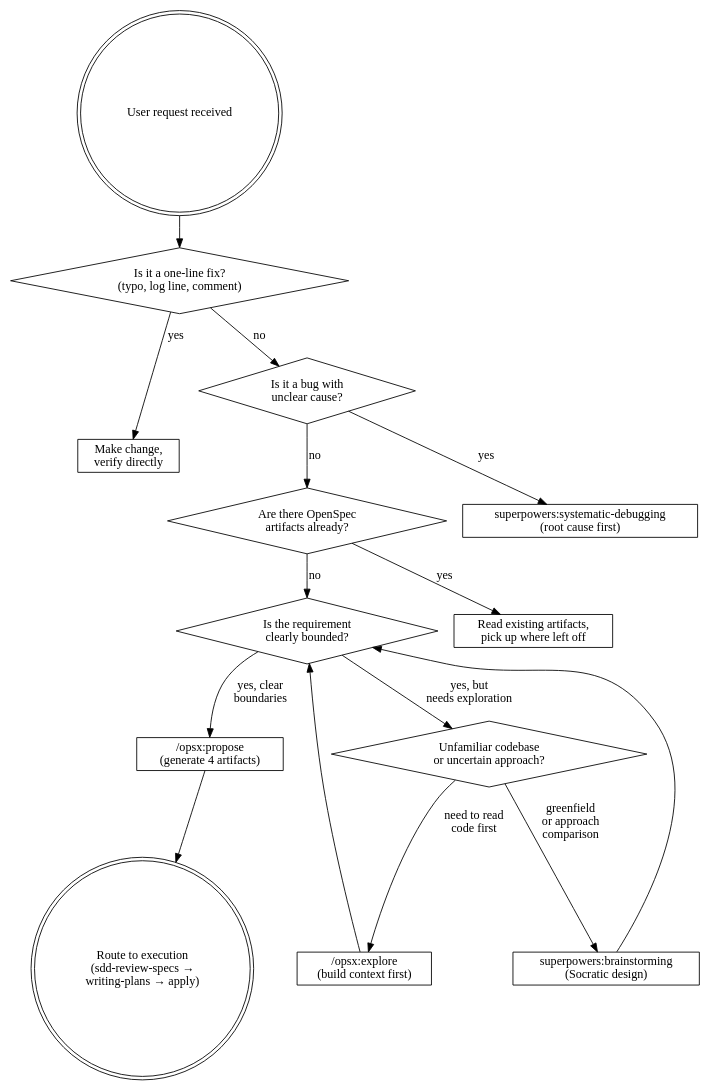
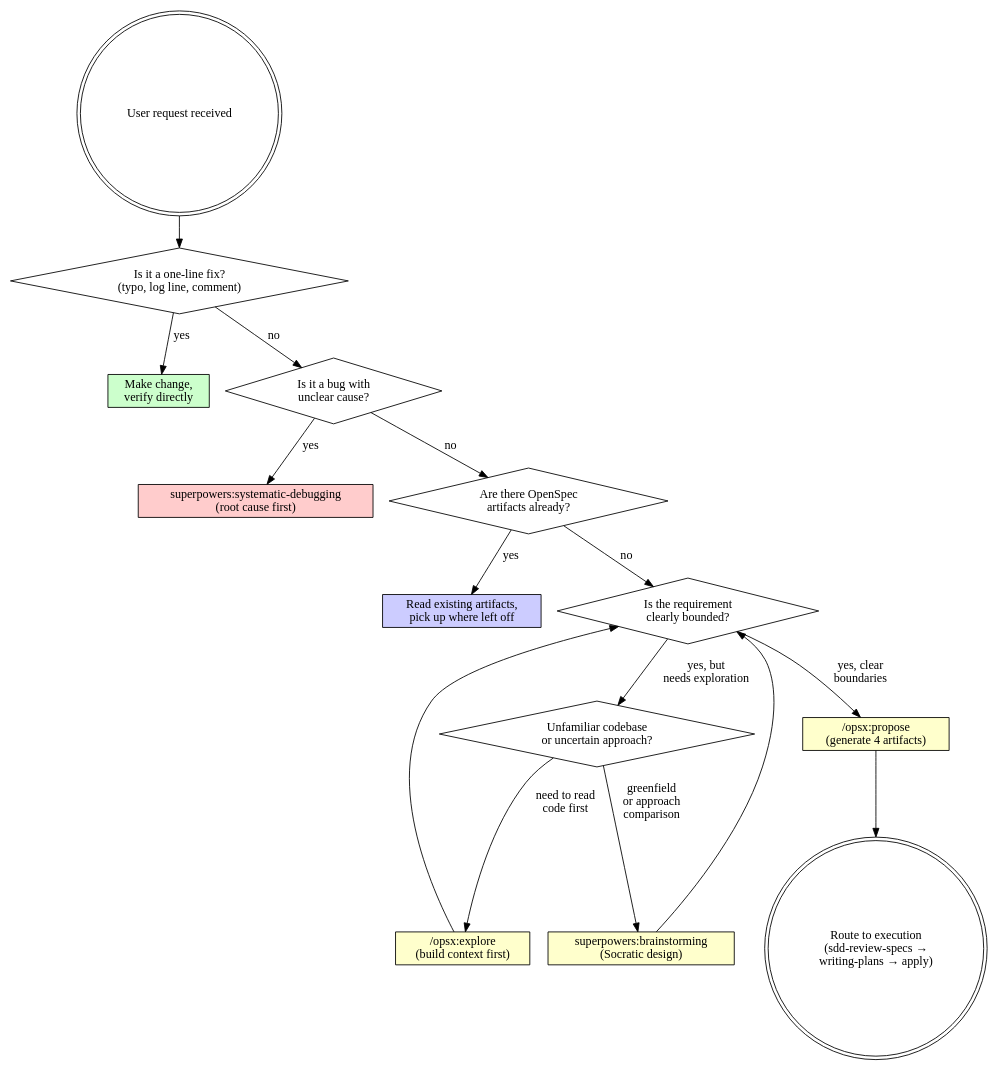
One commit to 9Ashwin/sdd-eval changed the diagram in .claude/skills/sdd-workflow/SKILL.md. Above: the diagram before and after it, drawn with Graphviz. The commit also changed other lines of this file and 1 other file, not shown here.

First line of the commit message:
refactor: align skill structure with using-superpowers best practices

````diff
--- a/.claude/skills/sdd-workflow/SKILL.md
+++ b/.claude/skills/sdd-workflow/SKILL.md
@@ -39,33 +47,32 @@
 ```dot
 digraph sdd_routing {
     "User request received" [shape=doublecircle];
     "Is it a one-line fix?\n(typo, log line, comment)" [shape=diamond];
-    "Make change,\nverify directly" [shape=box];
+    "Make change,\nverify directly" [shape=box style=filled fillcolor="#ccffcc"];
     "Is it a bug with\nunclear cause?" [shape=diamond];
-    "superpowers:systematic-debugging\n(root cause first)" [shape=box];
+    "superpowers:systematic-debugging\n(root cause first)" [shape=box style=filled fillcolor="#ffcccc"];
     "Are there OpenSpec\nartifacts already?" [shape=diamond];
-    "Read existing artifacts,\npick up where left off" [shape=box];
+    "Read existing artifacts,\npick up where left off" [shape=box style=filled fillcolor="#ccccff"];
     "Is the requirement\nclearly bounded?" [shape=diamond];
     "Unfamiliar codebase\nor uncertain approach?" [shape=diamond];
-    "/opsx:propose\n(generate 4 artifacts)" [shape=box];
-    "/opsx:explore\n(build context first)" [shape=box];
-    "superpowers:brainstorming\n(Socratic design)" [shape=box];
+    "/opsx:propose\n(generate 4 artifacts)" [shape=box style=filled fillcolor="#ffffcc"];
+    "/opsx:explore\n(build context first)" [shape=box style=filled fillcolor="#ffffcc"];
+    "superpowers:brainstorming\n(Socratic design)" [shape=box style=filled fillcolor="#ffffcc"];
     "Route to execution\n(sdd-review-specs →\nwriting-plans → apply)" [shape=doublecircle];
 
     "User request received" -> "Is it a one-line fix?\n(typo, log line, comment)";
     "Is it a one-line fix?\n(typo, log line, comment)" -> "Make change,\nverify directly" [label="yes"];
     "Is it a one-line fix?\n(typo, log line, comment)" -> "Is it a bug with\nunclear cause?" [label="no"];
     "Is it a bug with\nunclear cause?" -> "superpowers:systematic-debugging\n(root cause first)" [label="yes"];
     "Is it a bug with\nunclear cause?" -> "Are there OpenSpec\nartifacts already?" [label="no"];
     "Are there OpenSpec\nartifacts already?" -> "Read existing artifacts,\npick up where left off" [label="yes"];
     "Are there OpenSpec\nartifacts already?" -> "Is the requirement\nclearly bounded?" [label="no"];
     "Is the requirement\nclearly bounded?" -> "Unfamiliar codebase\nor uncertain approach?" [label="yes, but\nneeds exploration"];
     "Is the requirement\nclearly bounded?" -> "/opsx:propose\n(generate 4 artifacts)" [label="yes, clear\nboundaries"];
     "Unfamiliar codebase\nor uncertain approach?" -> "/opsx:explore\n(build context first)" [label="need to read\ncode first"];
     "Unfamiliar codebase\nor uncertain approach?" -> "superpowers:brainstorming\n(Socratic design)" [label="greenfield\nor approach\ncomparison"];
     "/opsx:propose\n(generate 4 artifacts)" -> "Route to execution\n(sdd-review-specs →\nwriting-plans → apply)";
     "/opsx:explore\n(build context first)" -> "Is the requirement\nclearly bounded?";
     "superpowers:brainstorming\n(Socratic design)" -> "Is the requirement\nclearly bounded?";
-    "Make change,\nverify directly" -> "Route to execution\n(sdd-review-specs →\nwriting-plans → apply)" [style=invis];
 }
 ```
````
